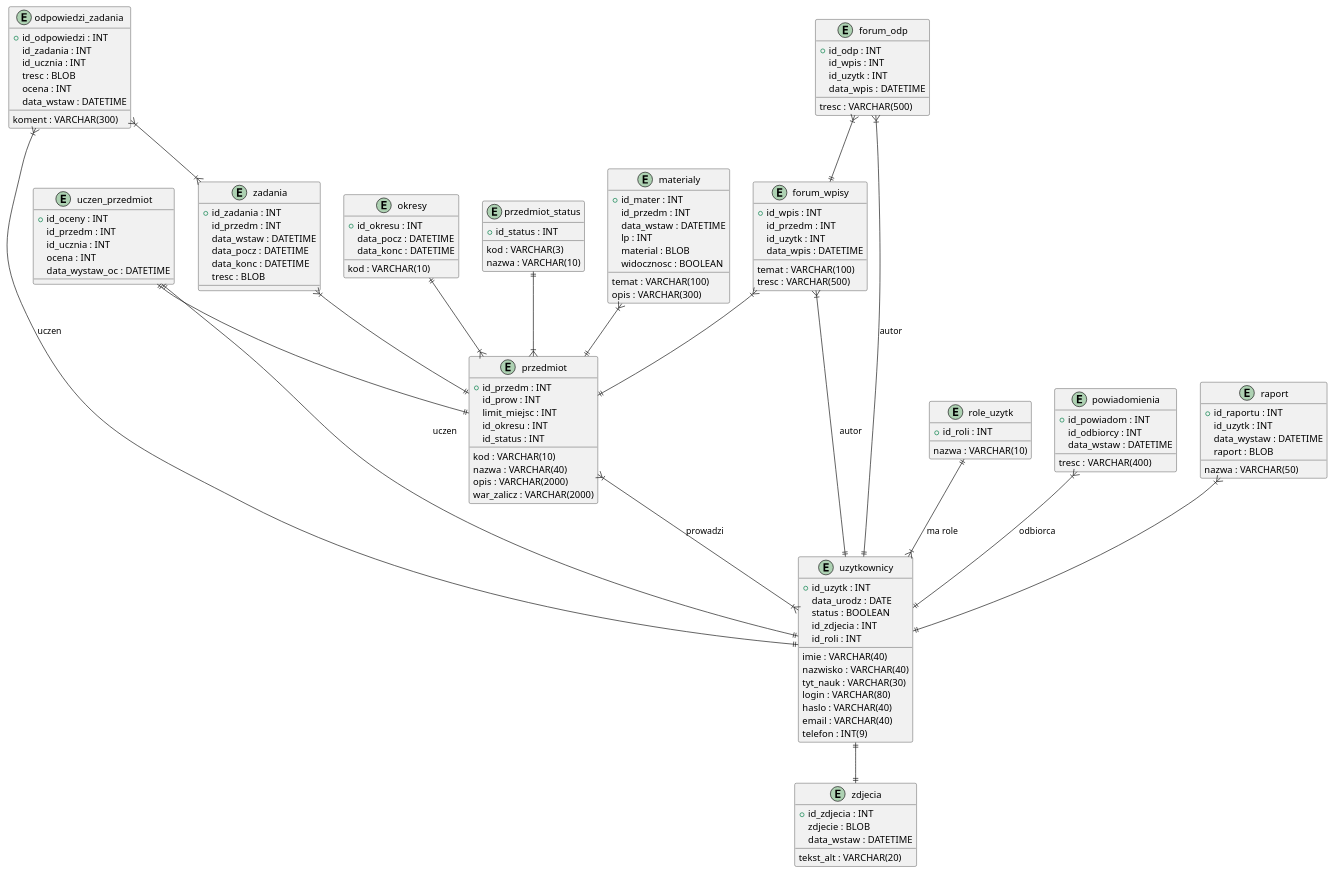
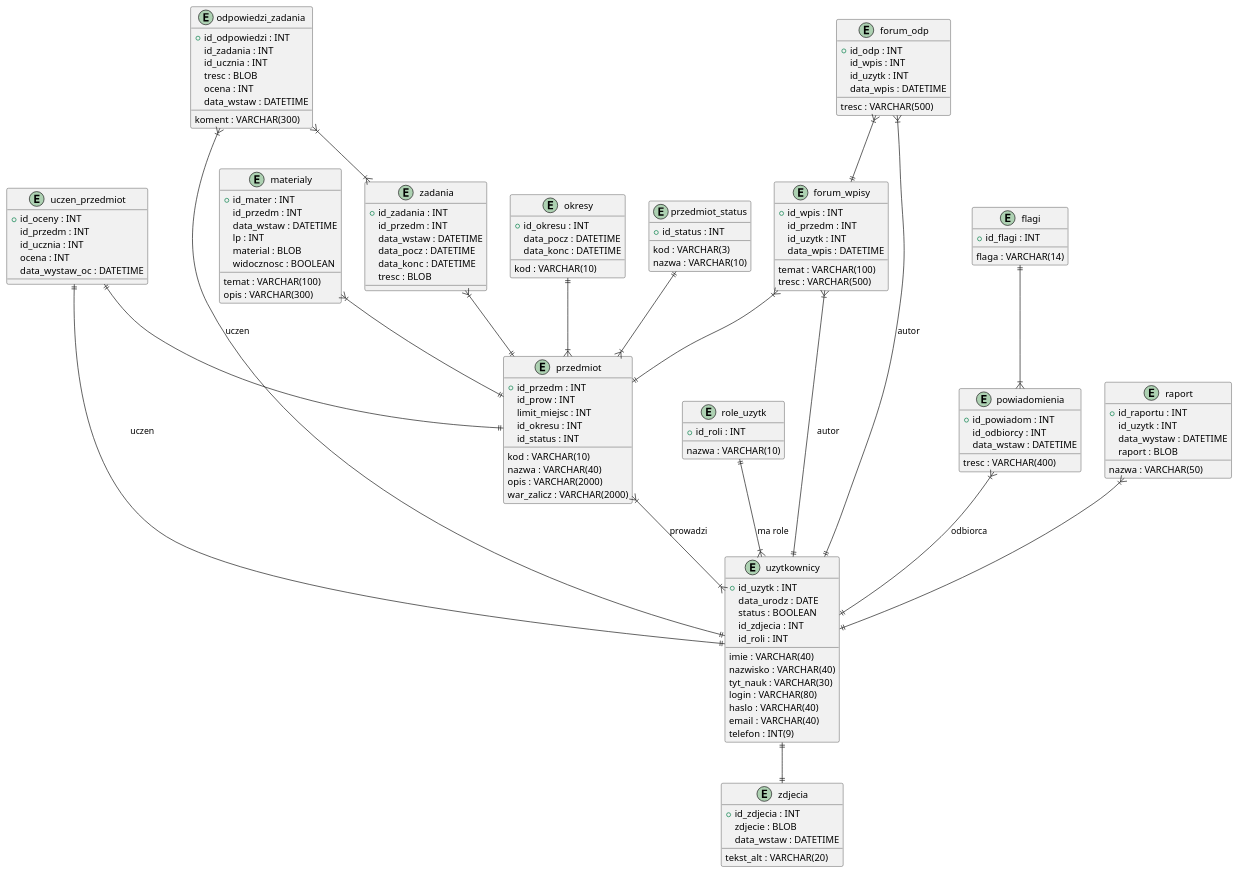
One commit to adak101/ProjektLMS changed the diagram in specyfikacja wymagań/schema.puml. Above: the diagram before and after it, drawn with PlantUML. The commit also changed 1 other file, not shown here.

Commit message:
Dodanie flagi do powiadomien w bd

```diff
--- a/specyfikacja wymagań/schema.puml
+++ b/specyfikacja wymagań/schema.puml
@@ -1,143 +1,149 @@
 @startuml lms-db-schema
 
 entity "uzytkownicy" {
   +id_uzytk : INT
   imie : VARCHAR(40)
   nazwisko : VARCHAR(40)
   tyt_nauk : VARCHAR(30)
   login : VARCHAR(80)
   haslo : VARCHAR(40)
   email : VARCHAR(40)
   telefon : INT(9)
   data_urodz : DATE
   status : BOOLEAN
   id_zdjecia : INT
   id_roli : INT
 }
 
 entity "zdjecia" {
   +id_zdjecia : INT
   zdjecie : BLOB
   tekst_alt : VARCHAR(20)
   data_wstaw : DATETIME
 }
 
 entity "przedmiot" {
   +id_przedm : INT
   kod : VARCHAR(10)
   nazwa : VARCHAR(40)
   id_prow : INT
   limit_miejsc : INT
   opis : VARCHAR(2000)
   war_zalicz : VARCHAR(2000)
   id_okresu : INT
   id_status : INT
 }
 
 entity "uczen_przedmiot" {
   +id_oceny : INT
   id_przedm : INT
   id_ucznia : INT
   ocena : INT
   data_wystaw_oc : DATETIME
 }
 
 entity "zadania" {
   +id_zadania : INT
   id_przedm : INT
   data_wstaw : DATETIME
   data_pocz : DATETIME
   data_konc : DATETIME
   tresc : BLOB
 }
 
 entity "odpowiedzi_zadania" {
   +id_odpowiedzi : INT
   id_zadania : INT
   id_ucznia : INT
   tresc : BLOB
   koment : VARCHAR(300)
   ocena : INT
   data_wstaw : DATETIME
 }
 
 entity "role_uzytk" {
   +id_roli : INT
   nazwa : VARCHAR(10)
 }
 
 entity "materialy" {
   +id_mater : INT
   id_przedm : INT
   data_wstaw : DATETIME
   lp : INT
   temat : VARCHAR(100)
   material : BLOB
   opis : VARCHAR(300)
   widocznosc : BOOLEAN
 }
 
 entity "forum_wpisy" {
   +id_wpis : INT
   id_przedm : INT
   id_uzytk : INT
   temat : VARCHAR(100)
   tresc : VARCHAR(500)
   data_wpis : DATETIME
 }
 
 entity "forum_odp" {
   +id_odp : INT
   id_wpis : INT
   id_uzytk : INT
   tresc : VARCHAR(500)
   data_wpis : DATETIME
 }
 
+entity "flagi"{
+  +id_flagi : INT
+  flaga : VARCHAR(14)
+}
+
 entity "powiadomienia" {
   +id_powiadom : INT
   id_odbiorcy : INT
   data_wstaw : DATETIME
   tresc : VARCHAR(400)
 }
 
 entity "okresy" {
   +id_okresu : INT
   kod : VARCHAR(10)
   data_pocz : DATETIME
   data_konc : DATETIME
 }
 
 entity "przedmiot_status" {
   +id_status : INT
   kod : VARCHAR(3)
   nazwa : VARCHAR(10)
 }
 
 entity "raport" {
   +id_raportu : INT
   id_uzytk : INT
   nazwa : VARCHAR(50)
   data_wystaw : DATETIME
   raport : BLOB
 }
 
 uzytkownicy ||--|| zdjecia
 role_uzytk ||--|{ uzytkownicy : ma role
 przedmiot }|--|{ uzytkownicy : prowadzi
 uczen_przedmiot ||--|| przedmiot
 uczen_przedmiot ||--|| uzytkownicy : uczen
 zadania }|--|| przedmiot
 odpowiedzi_zadania }|--|{ zadania
 odpowiedzi_zadania }|--|| uzytkownicy : uczen
 materialy }|--|| przedmiot
 forum_wpisy }|--|| przedmiot
 forum_wpisy }|--|| uzytkownicy : autor
 forum_odp }|--|| forum_wpisy
 forum_odp }|--|| uzytkownicy : autor
 powiadomienia }|--|| uzytkownicy : odbiorca
+flagi ||--|{ powiadomienia
 okresy ||--|{ przedmiot
 przedmiot_status ||--|{ przedmiot
 raport }|--|| uzytkownicy
 
 @enduml
```
